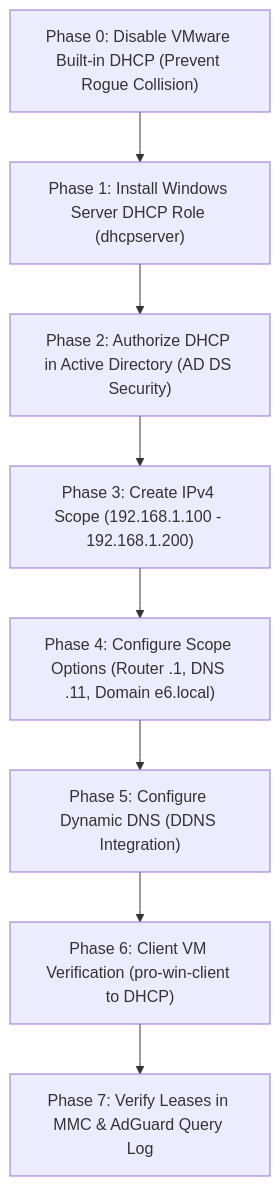
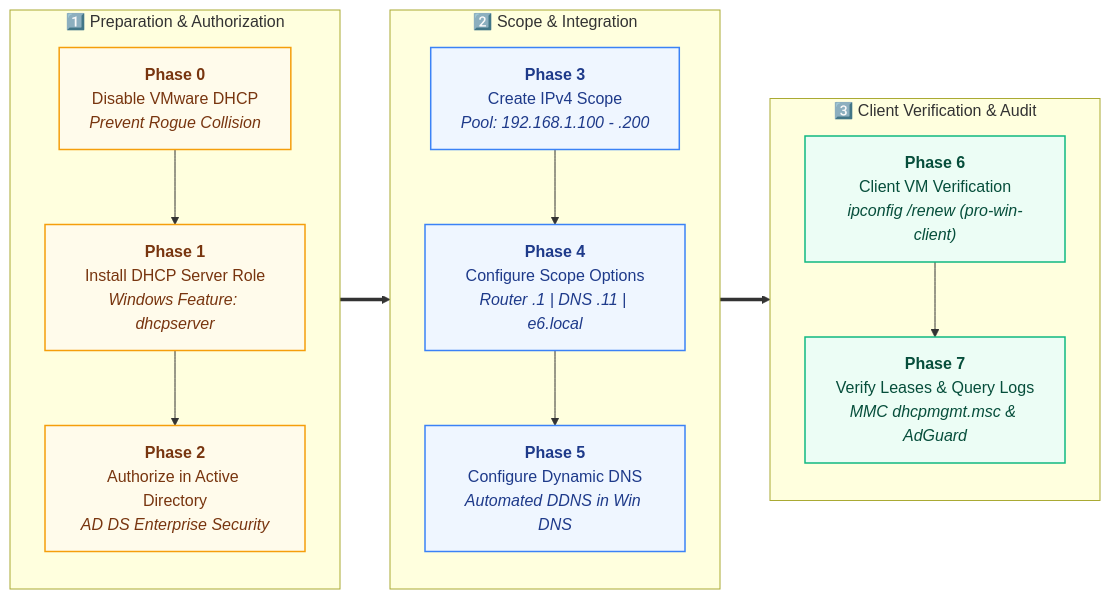
One commit to seang454/window-server-deploymennt changed the diagram in dhcp-architecture-implementation.md. Above: the diagram before and after it, drawn with Mermaid. The commit also changed 8 other files, not shown here.

````diff
--- a/dhcp-architecture-implementation.md
+++ b/dhcp-architecture-implementation.md
@@ -14,13 +14,32 @@
 ```mermaid
-flowchart TD
-    P0["Phase 0: Disable VMware Built-in DHCP (Prevent Rogue Collision)"]
-    P1["Phase 1: Install Windows Server DHCP Role (dhcpserver)"]
-    P2["Phase 2: Authorize DHCP in Active Directory (AD DS Security)"]
-    P3["Phase 3: Create IPv4 Scope (192.168.1.100 - 192.168.1.200)"]
-    P4["Phase 4: Configure Scope Options (Router .1, DNS .11, Domain e6.local)"]
-    P5["Phase 5: Configure Dynamic DNS (DDNS Integration)"]
-    P6["Phase 6: Client VM Verification (pro-win-client to DHCP)"]
-    P7["Phase 7: Verify Leases in MMC & AdGuard Query Log"]
+flowchart LR
+    %% Styling Definitions
+    classDef prep fill:#FFFBEB,stroke:#F59E0B,stroke-width:1.5px,color:#78350F;
+    classDef scope fill:#EFF6FF,stroke:#3B82F6,stroke-width:1.5px,color:#1E3A8A;
+    classDef verify fill:#ECFDF5,stroke:#10B981,stroke-width:1.5px,color:#064E3B;
 
-    P0 --> P1 --> P2 --> P3 --> P4 --> P5 --> P6 --> P7
+    subgraph M1 ["1️⃣ Preparation & Authorization"]
+        direction TB
+        P0["<b>Phase 0</b><br/>Disable VMware DHCP<br/><i>Prevent Rogue Collision</i>"]:::prep
+        P1["<b>Phase 1</b><br/>Install DHCP Server Role<br/><i>Windows Feature: dhcpserver</i>"]:::prep
+        P2["<b>Phase 2</b><br/>Authorize in Active Directory<br/><i>AD DS Enterprise Security</i>"]:::prep
+        P0 --> P1 --> P2
+    end
+
+    subgraph M2 ["2️⃣ Scope & Integration"]
+        direction TB
+        P3["<b>Phase 3</b><br/>Create IPv4 Scope<br/><i>Pool: 192.168.1.100 - .200</i>"]:::scope
+        P4["<b>Phase 4</b><br/>Configure Scope Options<br/><i>Router .1 | DNS .11 | e6.local</i>"]:::scope
+        P5["<b>Phase 5</b><br/>Configure Dynamic DNS<br/><i>Automated DDNS in Win DNS</i>"]:::scope
+        P3 --> P4 --> P5
+    end
+
+    subgraph M3 ["3️⃣ Client Verification & Audit"]
+        direction TB
+        P6["<b>Phase 6</b><br/>Client VM Verification<br/><i>ipconfig /renew (pro-win-client)</i>"]:::verify
+        P7["<b>Phase 7</b><br/>Verify Leases & Query Logs<br/><i>MMC dhcpmgmt.msc & AdGuard</i>"]:::verify
+        P6 --> P7
+    end
+
+    M1 ==> M2 ==> M3
 ```
````
